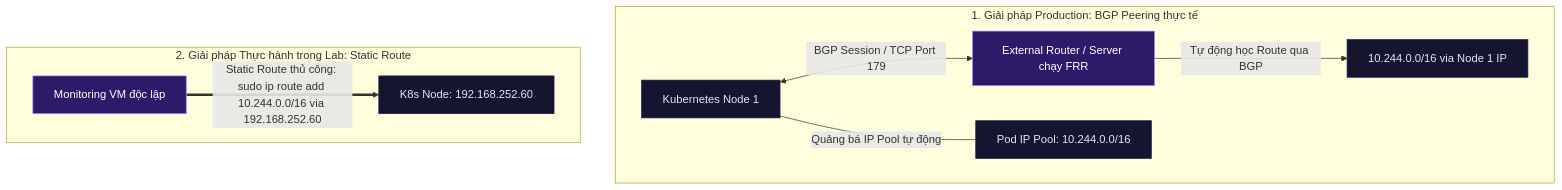
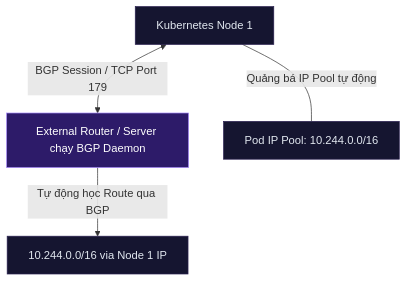
Before and after one commit to thangphan205/network-thuc-chien: the first of 2 diagrams in kubernetes-networking/k8s-lab/tap-19-lab-2/lab-guide.md, drawn with Mermaid. The commit also changed other lines of this file, not shown here.

Commit message:
docs: split BGP routing architecture diagrams into separate mermaid blocks in Lab 2

````diff
--- a/kubernetes-networking/k8s-lab/tap-19-lab-2/lab-guide.md
+++ b/kubernetes-networking/k8s-lab/tap-19-lab-2/lab-guide.md
@@ -8,18 +9,9 @@
 ```mermaid
 graph TD
-  subgraph Production_BGP [1. Giải pháp Production: BGP Peering thực tế]
-    Node1[Kubernetes Node 1] <-->|BGP Session / TCP Port 179| ExtRouter[External Router / Server chạy FRR]
-    Node1 ---|Quảng bá IP Pool tự động| IPPool[Pod IP Pool: 10.244.0.0/16]
-    ExtRouter -->|Tự động học Route qua BGP| RouteDynamic["10.244.0.0/16 via Node 1 IP"]
-  end
-
-  subgraph Lab_Static_Route [2. Giải pháp Thực hành trong Lab: Static Route]
-    Node2[K8s Node: 192.168.252.60]
-    ExtVM[Monitoring VM độc lập]
-    ExtVM == Static Route thủ công: sudo ip route add 10.244.0.0/16 via 192.168.252.60 ==> Node2
-  end
+  Node1[Kubernetes Node 1] <-->|BGP Session / TCP Port 179| ExtRouter[External Router / Server chạy BGP Daemon]
+  Node1 ---|Quảng bá IP Pool tự động| IPPool[Pod IP Pool: 10.244.0.0/16]
+  ExtRouter -->|Tự động học Route qua BGP| RouteDynamic["10.244.0.0/16 via Node 1 IP"]
   
   classDef default fill:#151530,stroke:#2a2050,color:#e2e8f0;
   style ExtRouter fill:#2d1b69,stroke:#a78bfa,color:#fff;
-  style ExtVM fill:#2d1b69,stroke:#a78bfa,color:#fff;
 ```
````
